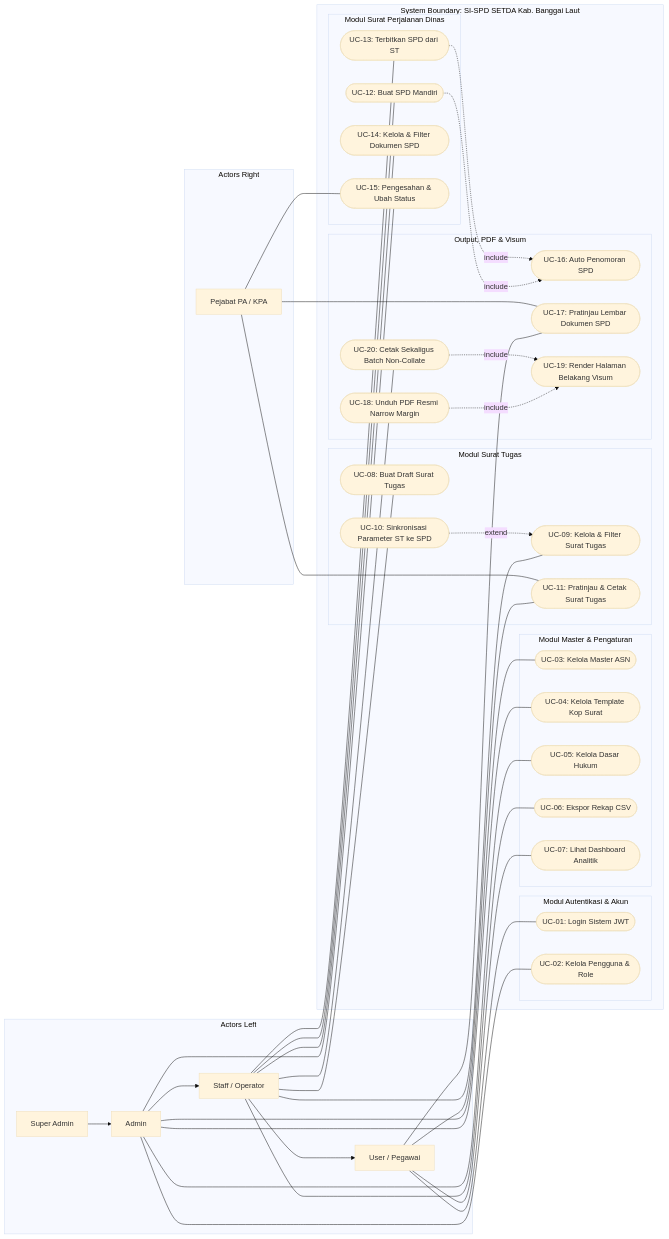
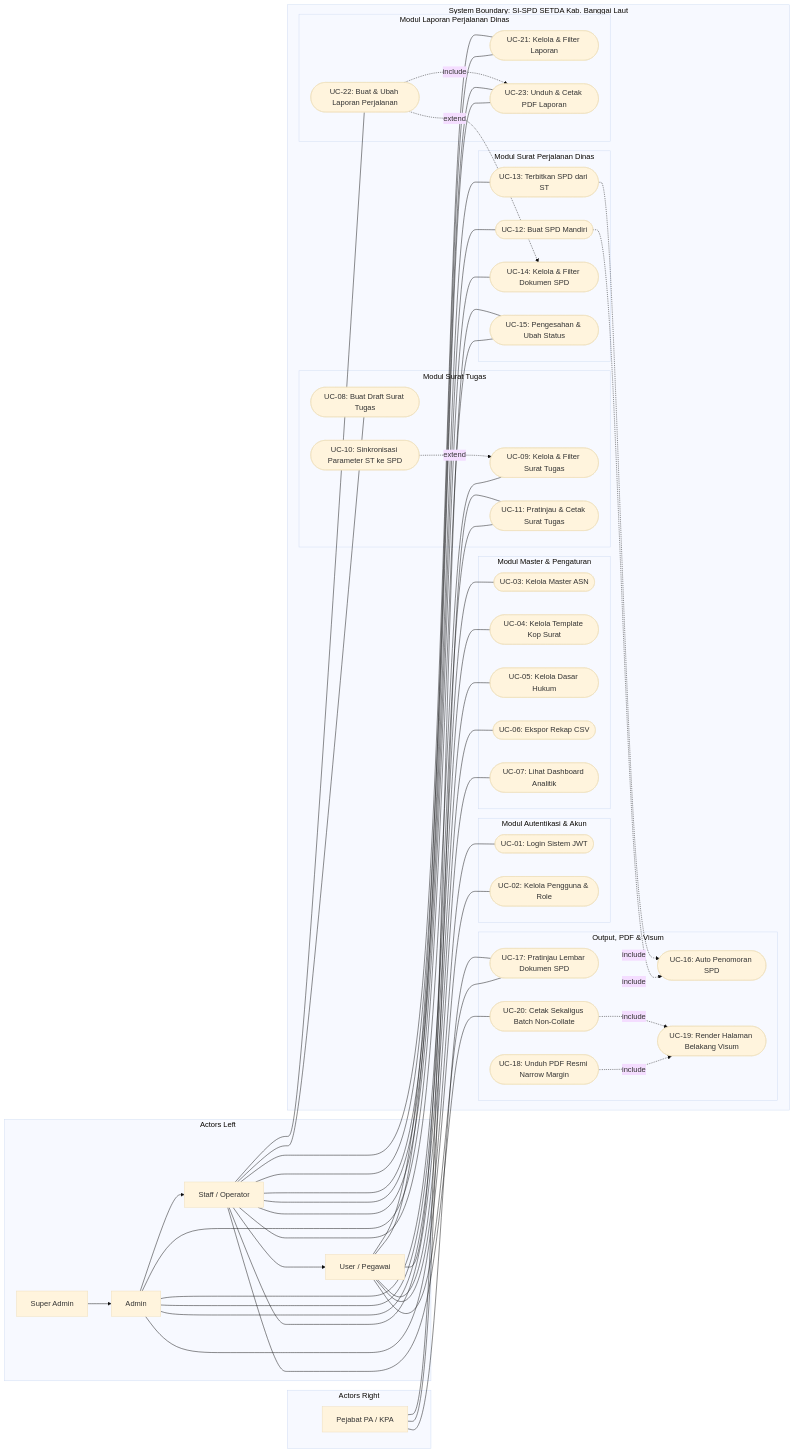
One commit to earyanto30/e-spd-kab-banggai-laut changed the diagram in docs/usecase-specification.md. Above: the diagram before and after it, drawn with Mermaid (base theme). The commit also changed other lines of this file and 22 other files, not shown here.

````diff
--- a/docs/usecase-specification.md
+++ b/docs/usecase-specification.md
@@ -67,6 +67,12 @@
             UC19(["UC-19: Render Halaman Belakang Visum"])
             UC20(["UC-20: Cetak Sekaligus Batch Non-Collate"])
         end
+
+        subgraph ModulLaporan ["Modul Laporan Perjalanan Dinas"]
+            UC21(["UC-21: Kelola & Filter Laporan"])
+            UC22(["UC-22: Buat & Ubah Laporan Perjalanan"])
+            UC23(["UC-23: Unduh & Cetak PDF Laporan"])
+        end
     end
 
     subgraph ActorsRight ["Actors Right"]
@@ -81,6 +87,8 @@
     USR --- UC07
     USR --- UC11
     USR --- UC17
+    USR --- UC21
+    USR --- UC23
 
     STF --- UC08
     STF --- UC09
@@ -89,6 +97,9 @@
     STF --- UC14
     STF --- UC20
     STF --- UC06
+    STF --- UC21
+    STF --- UC22
+    STF --- UC23
 
     ADM --- UC02
     ADM --- UC03
@@ -105,4 +116,6 @@
     UC10 -.->|extend| UC09
     UC18 -.->|include| UC19
     UC20 -.->|include| UC19
+    UC22 -.->|extend| UC14
+    UC22 -.->|include| UC23
 ```
````
